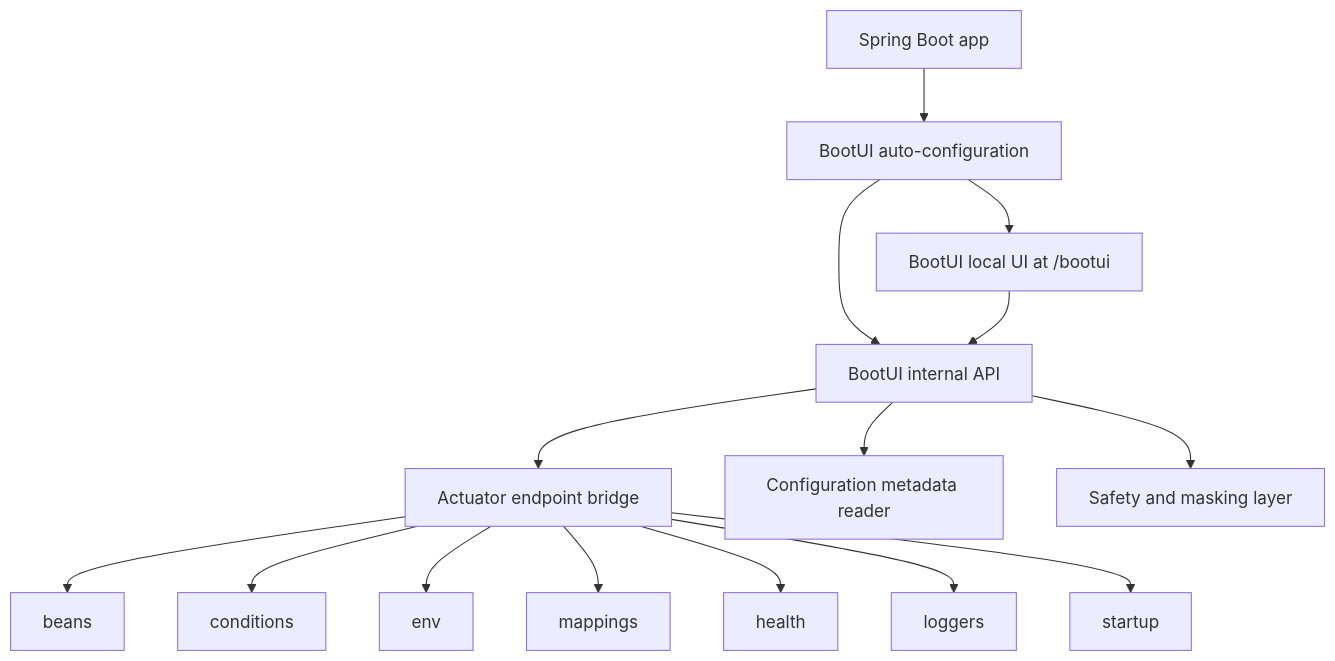
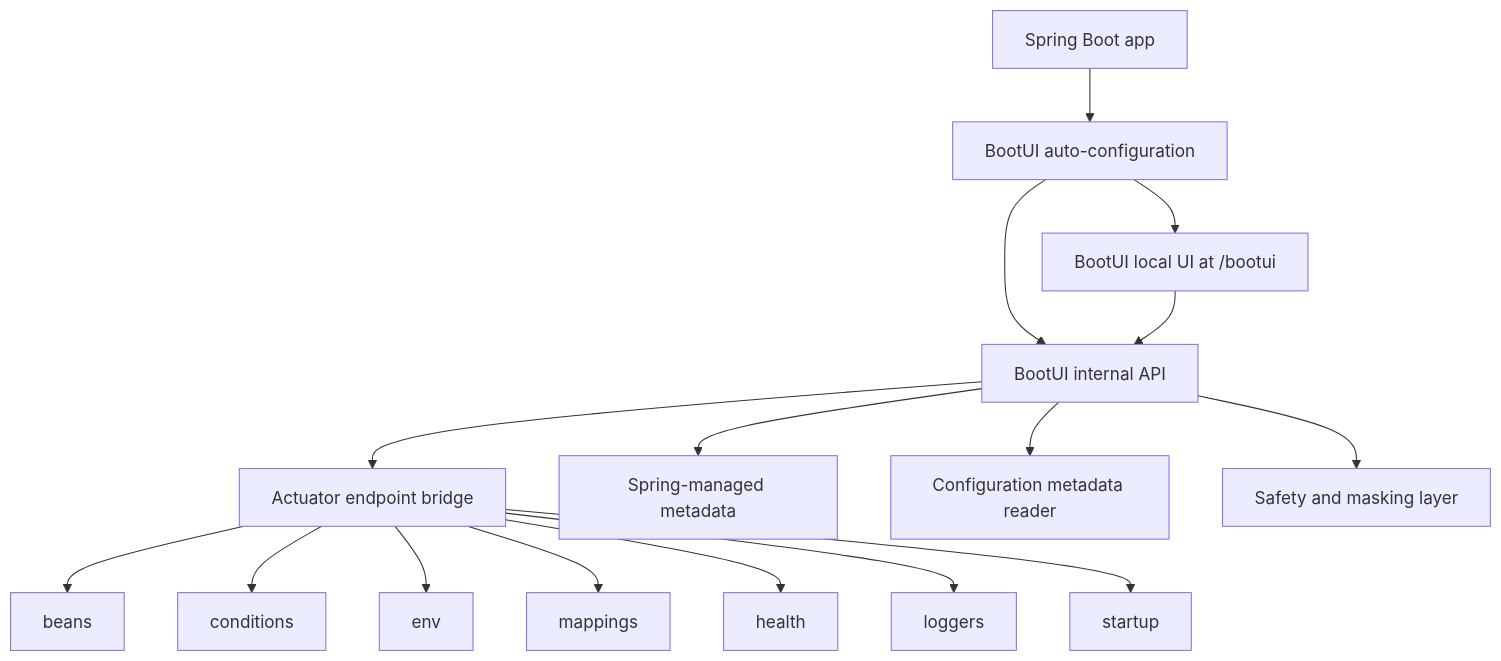
One commit to jdubois/boot-ui changed the diagram in docs/SPECIFICATION.md. Above: the diagram before and after it, drawn with Mermaid. The commit also changed other lines of this file and 17 other files, not shown here.

````diff
--- a/docs/SPECIFICATION.md
+++ b/docs/SPECIFICATION.md
@@ -542,17 +618,18 @@
 ```mermaid
 flowchart TD
     A[Spring Boot app] --> B[BootUI auto-configuration]
     B --> C[BootUI local UI at /bootui]
     B --> D[BootUI internal API]
     D --> E[Actuator endpoint bridge]
     E --> F[beans]
     E --> G[conditions]
     E --> H[env]
     E --> I[mappings]
     E --> J[health]
     E --> K[loggers]
     E --> L[startup]
-    D --> M[Configuration metadata reader]
-    D --> N[Safety and masking layer]
+    D --> M[Spring-managed metadata]
+    D --> N[Configuration metadata reader]
+    D --> O[Safety and masking layer]
     C --> D
 ```
````
